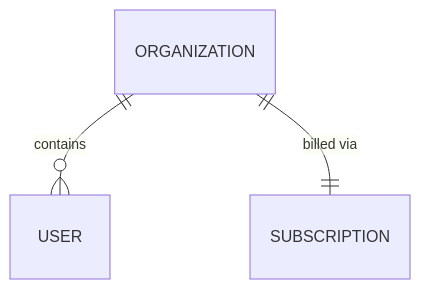
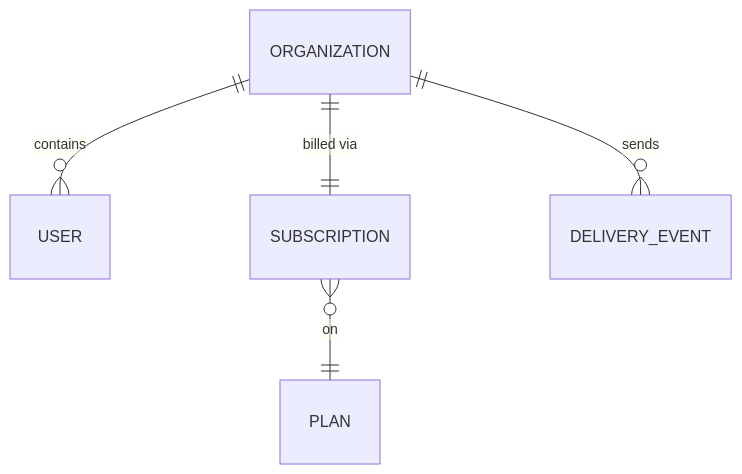
One commit to dhedlund/project-docs changed the second of 2 diagrams in example/docs/models/organization.md. Above: the diagram before and after it, drawn with Mermaid. The commit also changed other lines of this file and 35 other files, not shown here.

````diff
--- a/example/docs/models/organization.md
+++ b/example/docs/models/organization.md
@@ -71,5 +171,7 @@
 ```mermaid
 erDiagram
   ORGANIZATION ||--o{ USER : contains
   ORGANIZATION ||--|| SUBSCRIPTION : "billed via"
+  SUBSCRIPTION }o--|| PLAN : "on"
+  ORGANIZATION ||--o{ DELIVERY_EVENT : "sends"
 ```
````
